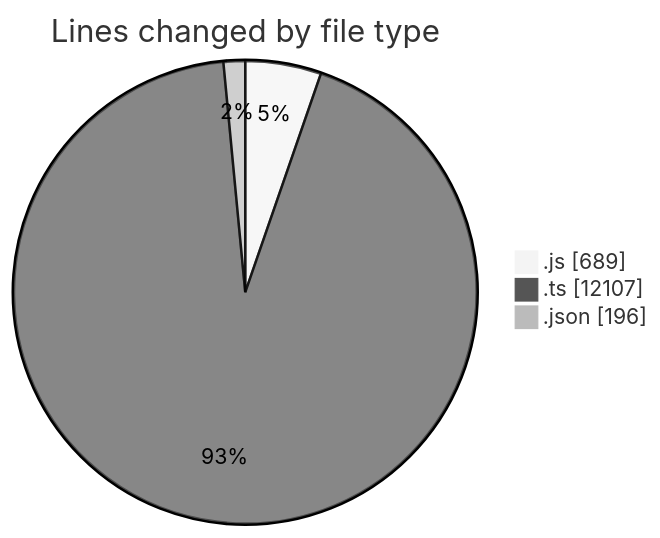
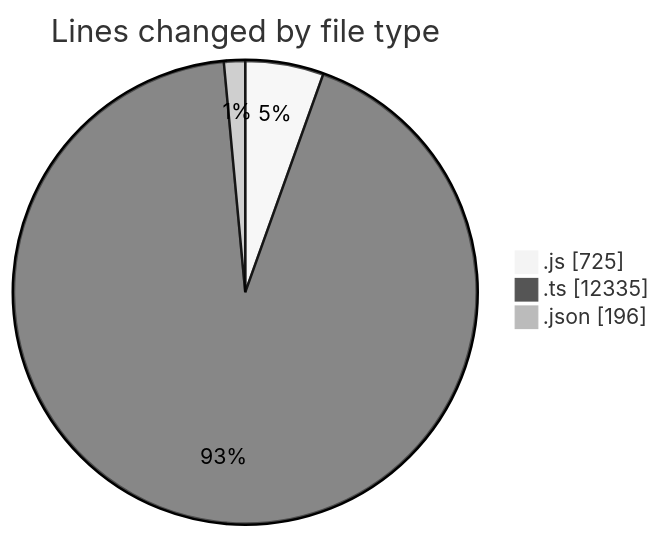
The first of 2 diagrams in 2025-05-29/cda/README.md (momahboobian/code-tracking), drawn with Mermaid (neutral theme) before and after one commit. The commit also changed other lines of this file and 1 other file, not shown here.

````diff
--- a/2025-05-29/cda/README.md
+++ b/2025-05-29/cda/README.md
@@ -31,7 +33,7 @@
 ```mermaid
 pie showData
 title Lines changed by file type
-".js" : 689
-".ts" : 12107
+".js" : 725
+".ts" : 12335
 ".json" : 196
 ```
````
